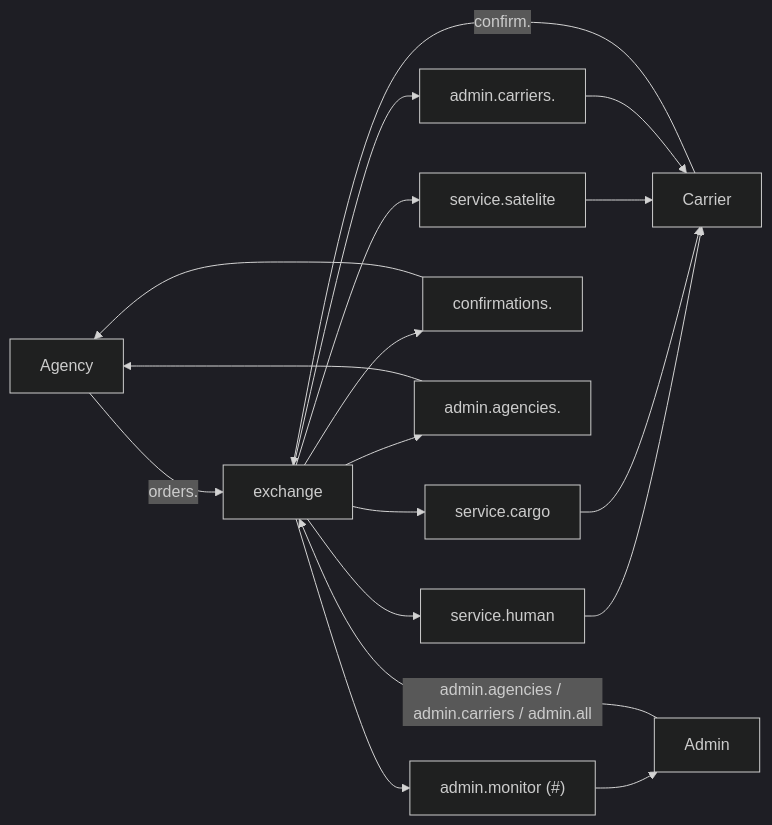
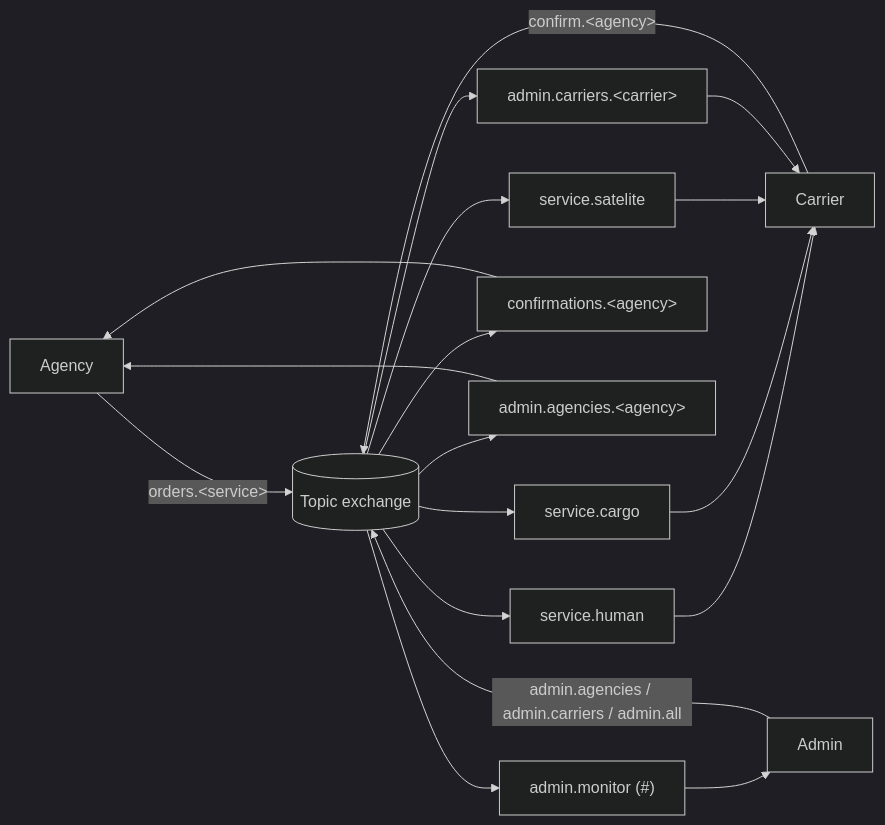
One commit to Mosder/agh changed the diagram in sem6/rozprochy/tasks/task5/schema.md. Above: the diagram before and after it, drawn with Mermaid (dark theme).

Commit message:
rozprochy

````diff
--- a/sem6/rozprochy/tasks/task5/schema.md
+++ b/sem6/rozprochy/tasks/task5/schema.md
@@ -1,24 +1,24 @@
 ```mermaid
 flowchart LR
-    A[Agency] -- "orders.<service>" --> X[exchange]
+    A[Agency] -- orders.&lt;service&gt; --> X[(Topic exchange)]
     X --> SH[service.human]
     X --> SC[service.cargo]
     X --> SS[service.satelite]
 
     SH --> C[Carrier]
     SC --> C
     SS --> C
 
-    C -- confirm.<agency> --> X
-    X --> QCONF["confirmations.<agency>"]
+    C -- confirm.&lt;agency&gt; --> X
+    X --> QCONF[confirmations.&lt;agency&gt;]
     QCONF --> A
 
     AD[Admin] -- admin.agencies / admin.carriers / admin.all --> X
-    X --> QA["admin.agencies.<agency>"]
-    X --> QC["admin.carriers.<carrier>"]
+    X --> QA[admin.agencies.&lt;agency&gt;]
+    X --> QC[admin.carriers.&lt;carrier&gt;]
     QA --> A
     QC --> C
 
     X --> MON["admin.monitor (#)"]
     MON --> AD
 ```
````
